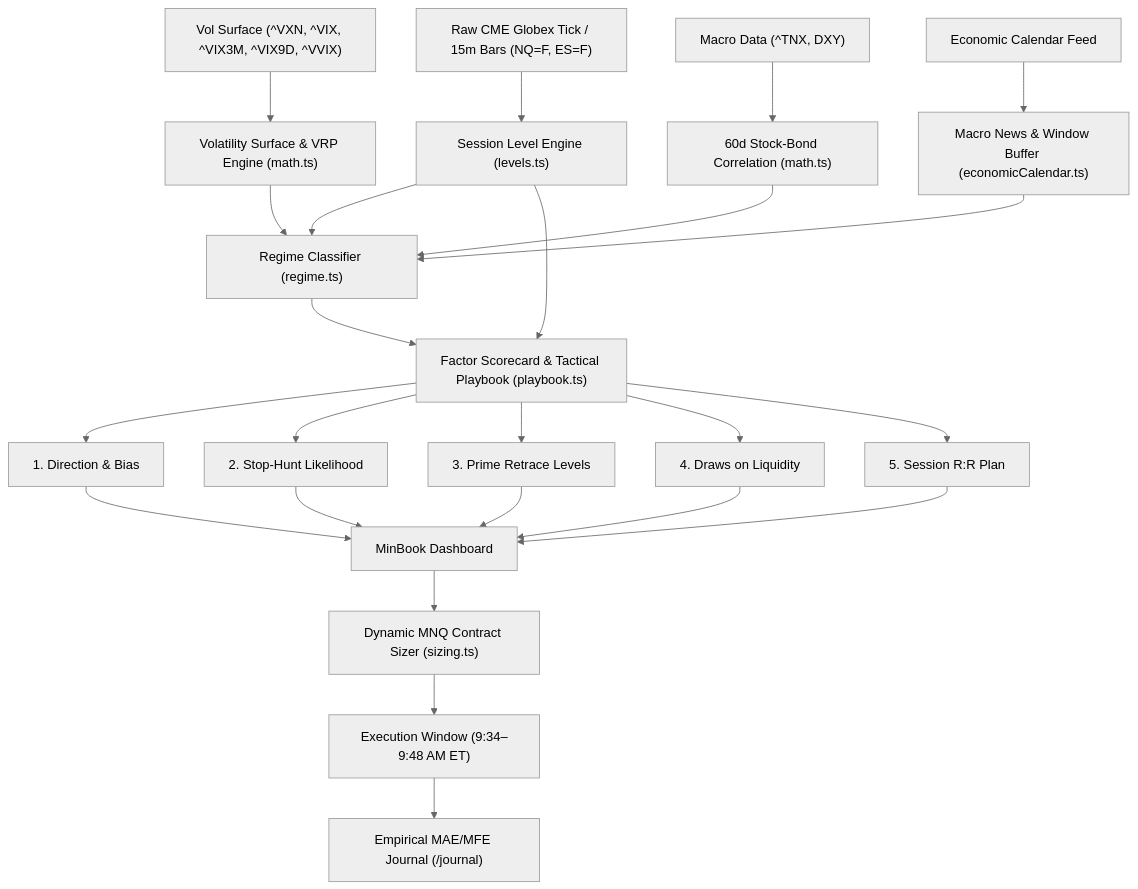
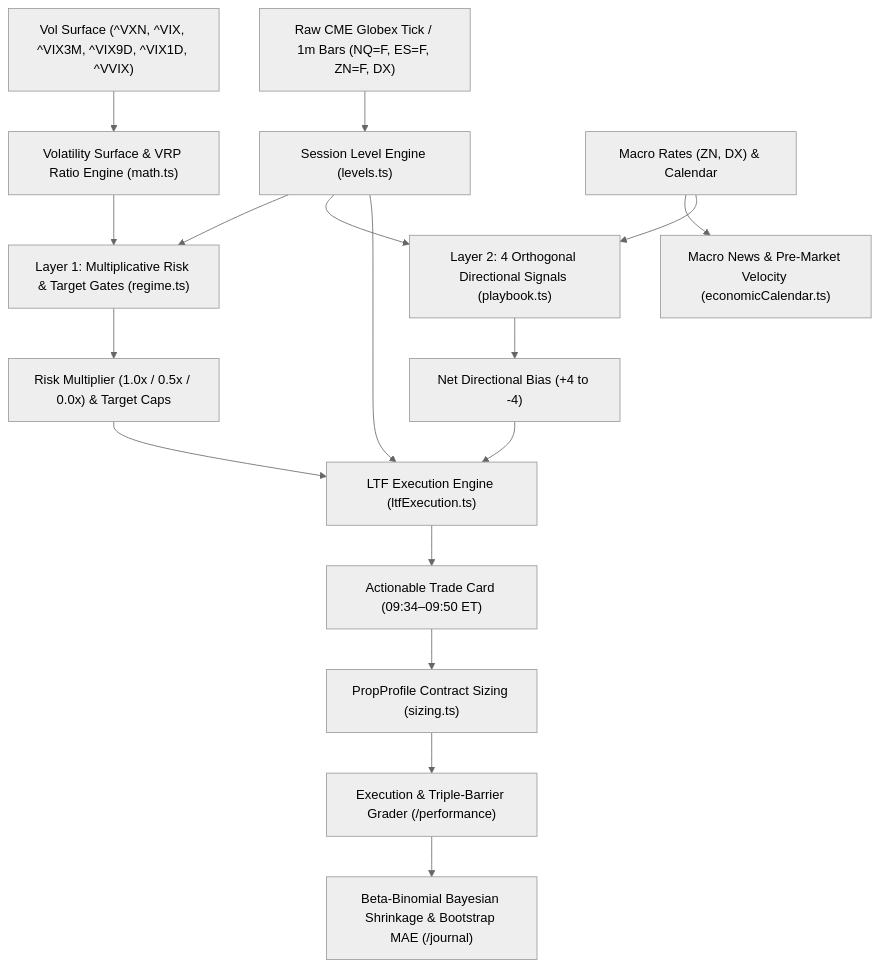
Before and after one commit to Minsung1Kim/minbook: the diagram in docs/methodology.md, drawn with Mermaid (neutral theme). The commit also changed other lines of this file and 49 other files, not shown here.

Commit message:
feat(v3.0): implement MinBook v3.0 core architecture, LTF execution engine, prop risk profile, and self-calibration

````diff
--- a/docs/methodology.md
+++ b/docs/methodology.md
@@ -27,26 +23,23 @@
 ```mermaid
 flowchart TD
-    A["Raw CME Globex Tick / 15m Bars (NQ=F, ES=F)"] --> B["Session Level Engine (levels.ts)"]
-    C["Vol Surface (^VXN, ^VIX, ^VIX3M, ^VIX9D, ^VVIX)"] --> D["Volatility Surface & VRP Engine (math.ts)"]
-    E["Macro Data (^TNX, DXY)"] --> F["60d Stock-Bond Correlation (math.ts)"]
-    G["Economic Calendar Feed"] --> H["Macro News & Window Buffer (economicCalendar.ts)"]
+    A["Raw CME Globex Tick / 1m Bars (NQ=F, ES=F, ZN=F, DX)"] --> B["Session Level Engine (levels.ts)"]
+    C["Vol Surface (^VXN, ^VIX, ^VIX3M, ^VIX9D, ^VIX1D, ^VVIX)"] --> D["Volatility Surface & VRP Ratio Engine (math.ts)"]
+    E["Macro Rates (ZN, DX) & Calendar"] --> F["Macro News & Pre-Market Velocity (economicCalendar.ts)"]
     
-    B --> I["Regime Classifier (regime.ts)"]
-    D --> I
-    F --> I
-    H --> I
+    B --> G["Layer 1: Multiplicative Risk & Target Gates (regime.ts)"]
+    D --> G
     
-    I --> J["Factor Scorecard & Tactical Playbook (playbook.ts)"]
-    B --> J
+    B --> H["Layer 2: 4 Orthogonal Directional Signals (playbook.ts)"]
+    E --> H
     
-    J --> K["1. Direction & Bias"]
-    J --> L["2. Stop-Hunt Likelihood"]
-    J --> M["3. Prime Retrace Levels"]
-    J --> N["4. Draws on Liquidity"]
-    J --> O["5. Session R:R Plan"]
+    G --> I["Risk Multiplier (1.0x / 0.5x / 0.0x) & Target Caps"]
+    H --> J["Net Directional Bias (+4 to -4)"]
     
-    K & L & M & N & O --> P["MinBook Dashboard"]
-    P --> Q["Dynamic MNQ Contract Sizer (sizing.ts)"]
-    Q --> R["Execution Window (9:34–9:48 AM ET)"]
-    R --> S["Empirical MAE/MFE Journal (/journal)"]
+    I & J --> K["LTF Execution Engine (ltfExecution.ts)"]
+    B --> K
+    
+    K --> L["Actionable Trade Card (09:34–09:50 ET)"]
+    L --> M["PropProfile Contract Sizing (sizing.ts)"]
+    M --> N["Execution & Triple-Barrier Grader (/performance)"]
+    N --> O["Beta-Binomial Bayesian Shrinkage & Bootstrap MAE (/journal)"]
 ```
````
